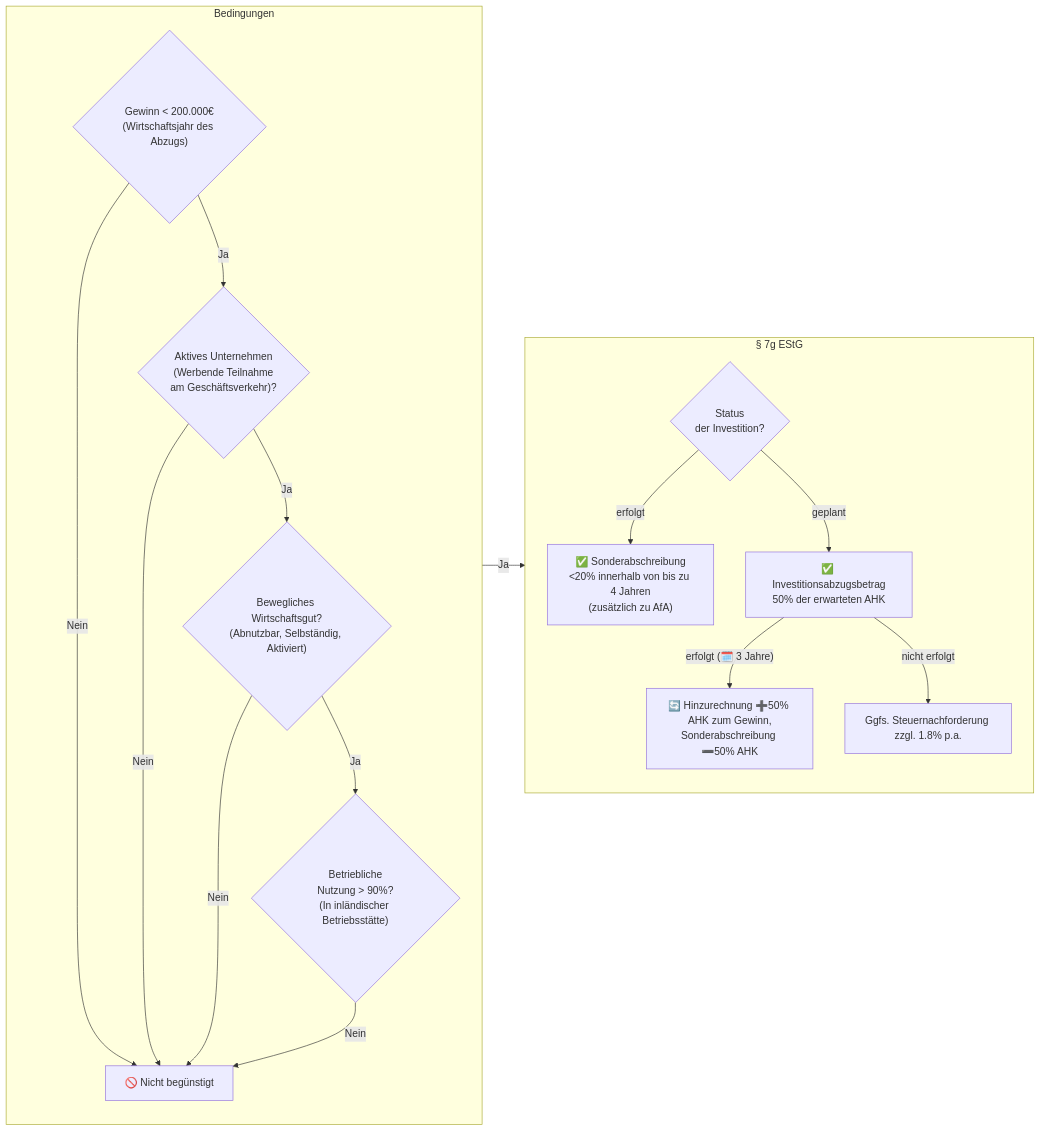
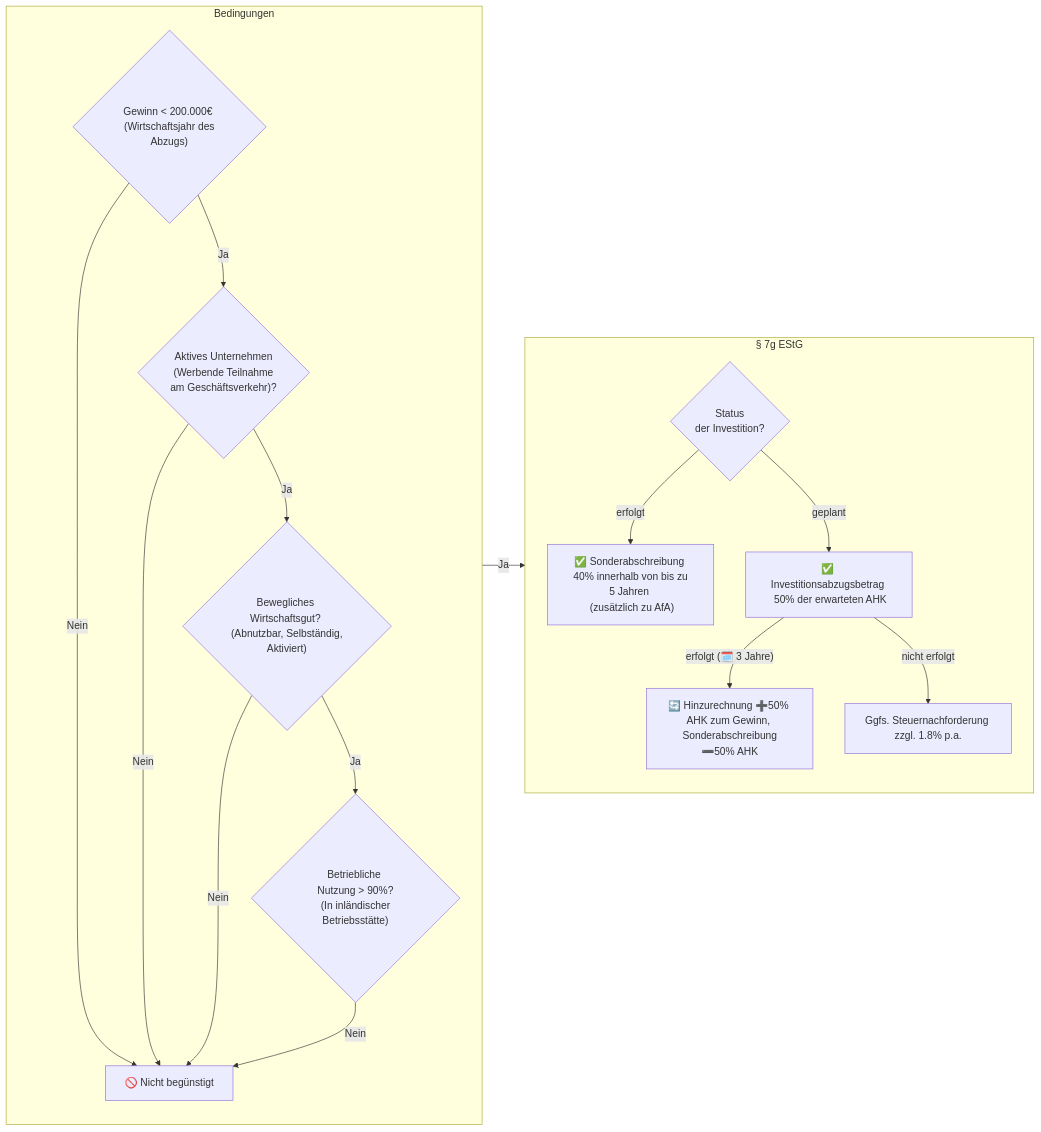
One commit to dataheld/steuerFlow changed the diagram in diagrams/estg7g.mmd. Above: the diagram before and after it, drawn with Mermaid. The commit also changed 1 other file, not shown here.

```diff
--- a/diagrams/estg7g.mmd
+++ b/diagrams/estg7g.mmd
@@ -1,28 +1,28 @@
 flowchart LR;
   subgraph Bedingungen;
     direction TB;
-    istKMU{"Gewinn < 200.000€<br>(Wirtschaftsjahr des Abzugs)"};
+    istKMU{"Gewinn < 200.000€ \n (Wirtschaftsjahr des Abzugs)"};
     istKMU -- Nein --> keineSA["🚫 Nicht begünstigt"];
     istKMU -- Ja --> istAktiv;
-    istAktiv{"Aktives Unternehmen<br>(Werbende Teilnahme<br>am Geschäftsverkehr)?"};
+    istAktiv{"Aktives Unternehmen \n (Werbende Teilnahme \n am Geschäftsverkehr)?"};
     istAktiv -- Nein --> keineSA;
     istAktiv -- Ja --> istBeweg;
-    istBeweg{"Bewegliches Wirtschaftsgut?<br>(Abnutzbar, Selbständig, Aktiviert)"};
+    istBeweg{"Bewegliches Wirtschaftsgut? \n (Abnutzbar, Selbständig, Aktiviert)"};
     istBeweg -- Nein --> keineSA;
     istBeweg -- Ja --> ist90;
-    ist90{"Betriebliche<br>Nutzung > 90%?<br>(In inländischer Betriebsstätte)"};
+    ist90{"Betriebliche \n Nutzung > 90%? \n (In inländischer Betriebsstätte)"};
     ist90 -- Nein --> keineSA;
   end;
   subgraph EStG7g ["§ 7g EStG"];
     direction TB;
     ist90 -- Ja --> statusInv;
-    statusInv{"Status<br>der Investition?"};
+    statusInv{"Status \n der Investition?"};
     statusInv -- erfolgt --> 7gSonder;
-    7gSonder["✅ Sonderabschreibung<br><20% innerhalb von bis zu 4 Jahren<br>(zusätzlich zu AfA)"];
+    7gSonder["✅ Sonderabschreibung \n 40% innerhalb von bis zu 5 Jahren \n (zusätzlich zu AfA)"];
     statusInv -- geplant --> 7gInvAbzug;
-    7gInvAbzug["✅ Investitionsabzugsbetrag<br>50% der erwarteten AHK "];
+    7gInvAbzug["✅ Investitionsabzugsbetrag \n 50% der erwarteten AHK "];
     7gInvAbzug -- "erfolgt (🗓️ 3 Jahre)" --> 7gInvAbzugErfolg;
-    7gInvAbzugErfolg["🔄 Hinzurechnung ➕50% AHK zum Gewinn,<br>Sonderabschreibung ➖50% AHK"];
+    7gInvAbzugErfolg["🔄 Hinzurechnung ➕50% AHK zum Gewinn, \n Sonderabschreibung ➖50% AHK"];
     7gInvAbzugRueckz["Ggfs. Steuernachforderung zzgl. 1.8% p.a."];
     7gInvAbzug -- nicht erfolgt --> 7gInvAbzugRueckz;
   end;
```
